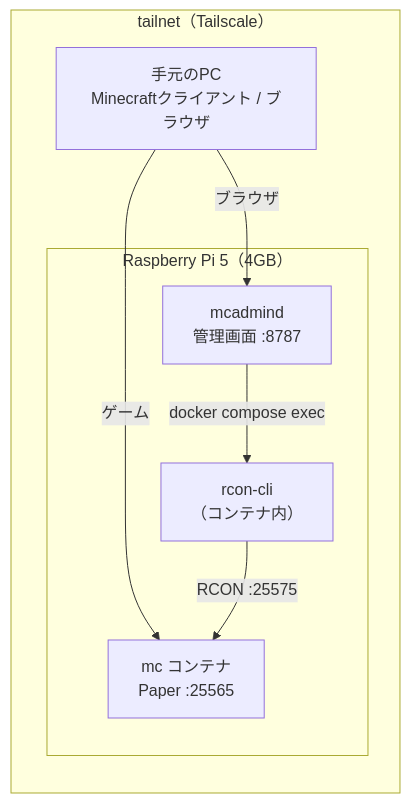
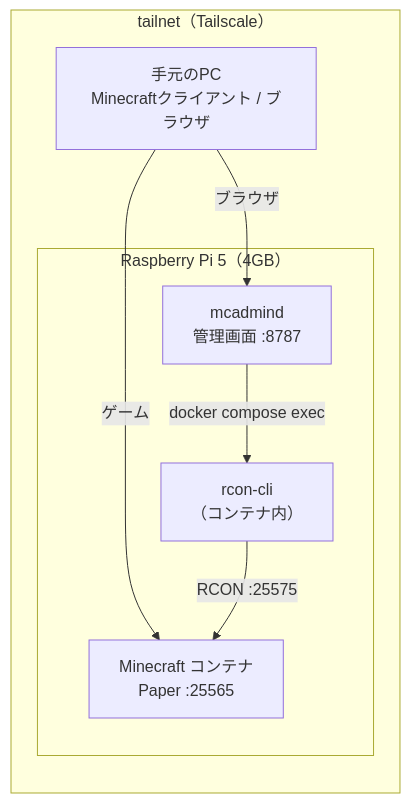
One commit to kkito0726/tech-blog-kkito changed the first of 2 diagrams in content/posts/2026-09-30-minecraft-pi-tailscale/index.md. Above: the diagram before and after it, drawn with Mermaid.

Commit message:
docs: 構成図のコンテナ名を Minecraft コンテナに改める

````diff
--- a/content/posts/2026-09-30-minecraft-pi-tailscale/index.md
+++ b/content/posts/2026-09-30-minecraft-pi-tailscale/index.md
@@ -23,15 +23,15 @@
 ```mermaid
 flowchart LR
     subgraph tailnet["tailnet（Tailscale）"]
         PC["手元のPC<br/>Minecraftクライアント / ブラウザ"]
         subgraph Pi["Raspberry Pi 5（4GB）"]
-            MC["mc コンテナ<br/>Paper :25565"]
+            MC["Minecraft コンテナ<br/>Paper :25565"]
             AD["mcadmind<br/>管理画面 :8787"]
             RC["rcon-cli<br/>（コンテナ内）"]
         end
     end
     PC -->|ゲーム| MC
     PC -->|ブラウザ| AD
     AD -->|docker compose exec| RC
     RC -->|RCON :25575| MC
 ```
````
